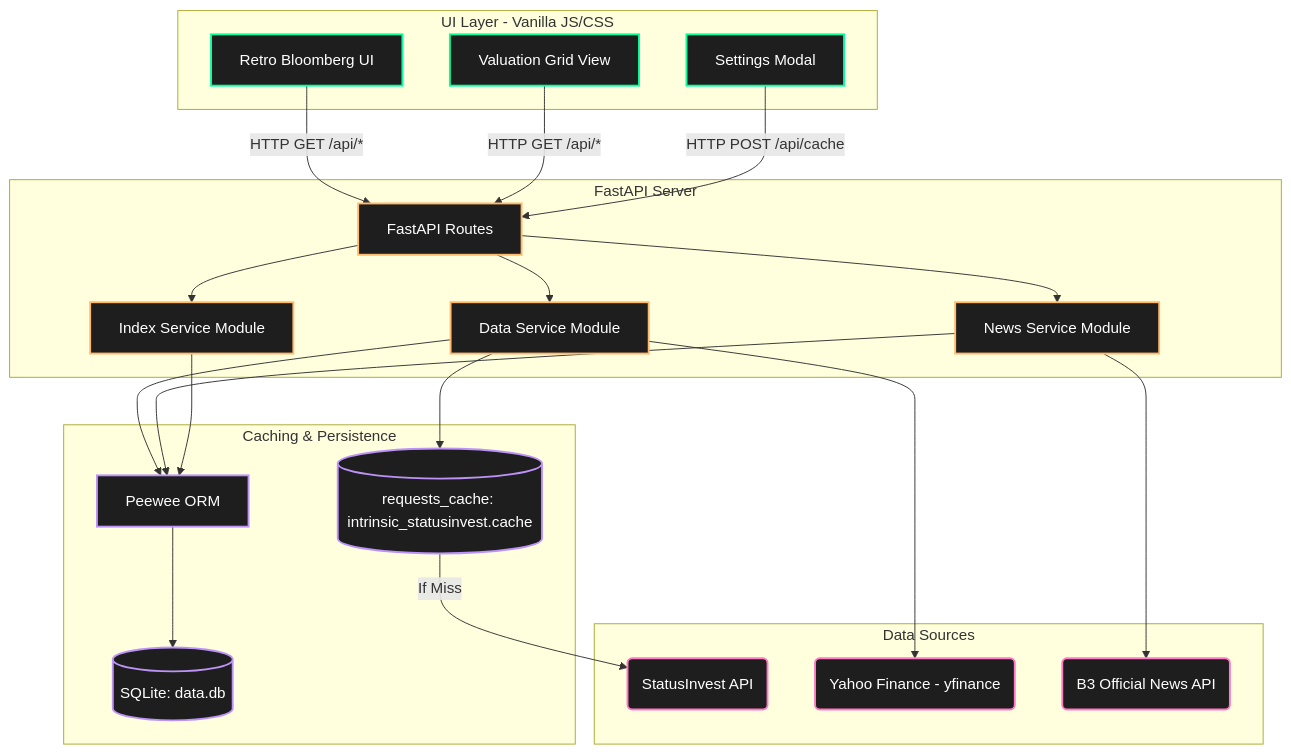
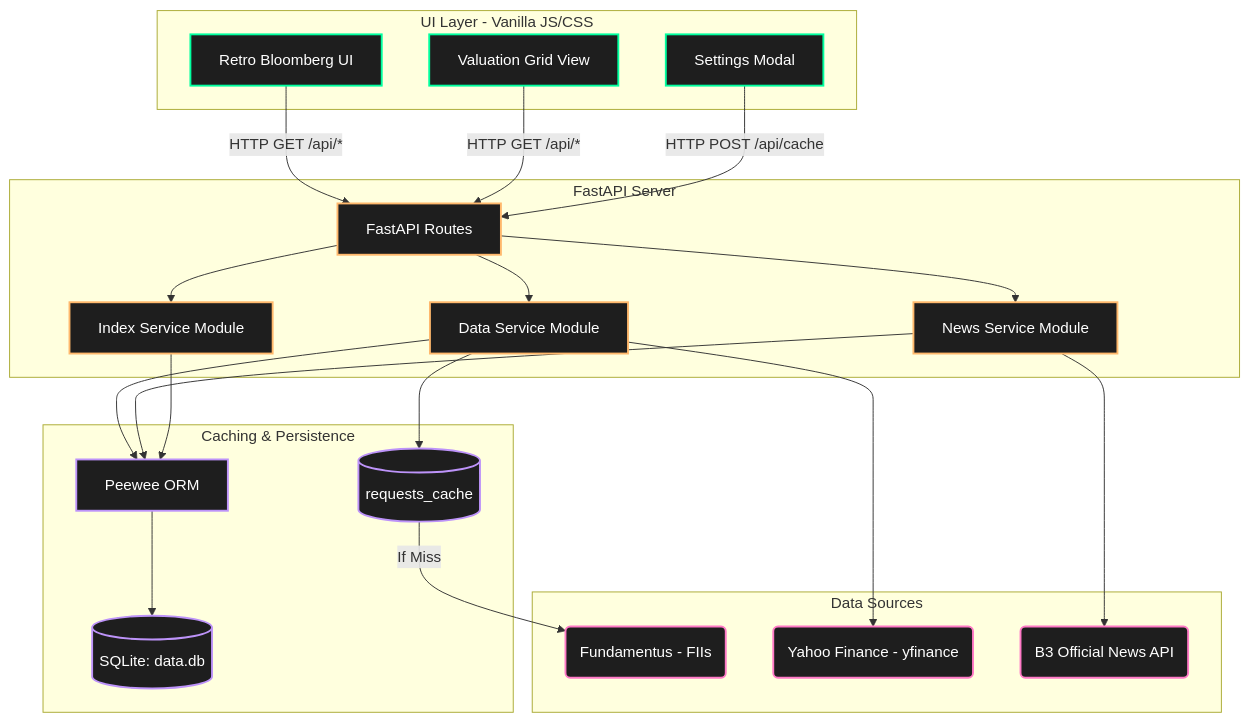
One commit to gguillaux/intrinsic changed the first of 2 diagrams in README.md. Above: the diagram before and after it, drawn with Mermaid. The commit also changed other lines of this file and 20 other files, not shown here.

First line of the commit message:
feat(fiis): integrate Fundamentus provider (P/VP, FFO Yield, vacancy, liquidity), dividend CAGR, liquidity gate; drop StatusInvest

````diff
--- a/README.md
+++ b/README.md
@@ -26,53 +26,53 @@
 ```mermaid
 graph TD
     %% Styling
     classDef frontend fill:#1e1e1e,stroke:#00ff9f,stroke-width:2px,color:#fff
     classDef backend fill:#1e1e1e,stroke:#ffb86c,stroke-width:2px,color:#fff
     classDef db fill:#1e1e1e,stroke:#bd93f9,stroke-width:2px,color:#fff
     classDef api fill:#1e1e1e,stroke:#ff79c6,stroke-width:2px,color:#fff
 
     %% Components
     subgraph Frontend [UI Layer - Vanilla JS/CSS]
         UI[Retro Bloomberg UI]:::frontend
         Settings[Settings Modal]:::frontend
         Grid[Valuation Grid View]:::frontend
     end
 
     subgraph Backend [FastAPI Server]
         API[FastAPI Routes]:::backend
         DataService[Data Service Module]:::backend
         NewsService[News Service Module]:::backend
         IndexService[Index Service Module]:::backend
     end
 
     subgraph Data Stores [Caching & Persistence]
         DB[(SQLite: data.db)]:::db
         Peewee[Peewee ORM]:::db
-        ReqCache[(requests_cache: intrinsic_statusinvest.cache)]:::db
+        ReqCache[(requests_cache)]:::db
     end
 
     subgraph External APIs [Data Sources]
-        SI(StatusInvest API):::api
+        SI(Fundamentus - FIIs):::api
         YF(Yahoo Finance - yfinance):::api
         B3(B3 Official News API):::api
     end
 
     %% Flow
     UI -->|HTTP GET /api/*| API
     Grid -->|HTTP GET /api/*| API
     Settings -->|HTTP POST /api/cache| API
     API --> DataService
     API --> NewsService
     API --> IndexService
 
     DataService --> Peewee
     NewsService --> Peewee
     IndexService --> Peewee
     Peewee --> DB
 
     DataService --> ReqCache
     ReqCache -->|If Miss| SI
     DataService --> YF
 
     NewsService --> B3
 ```
````
